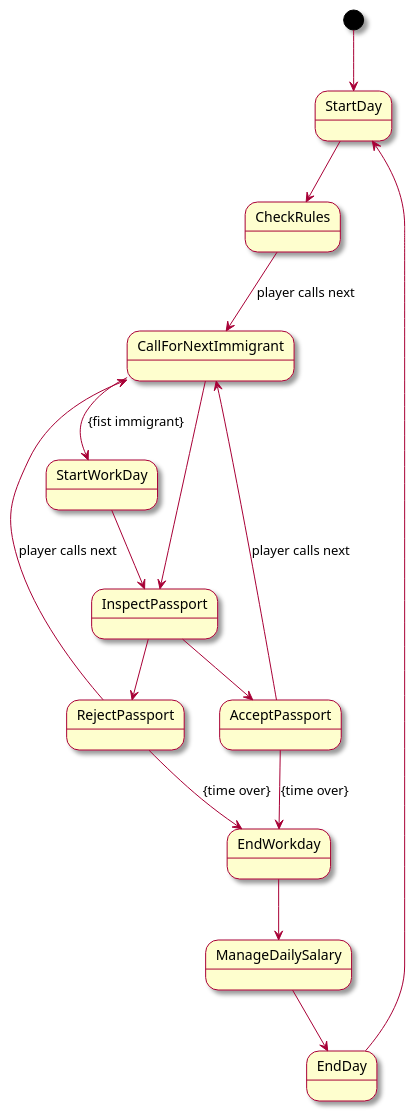
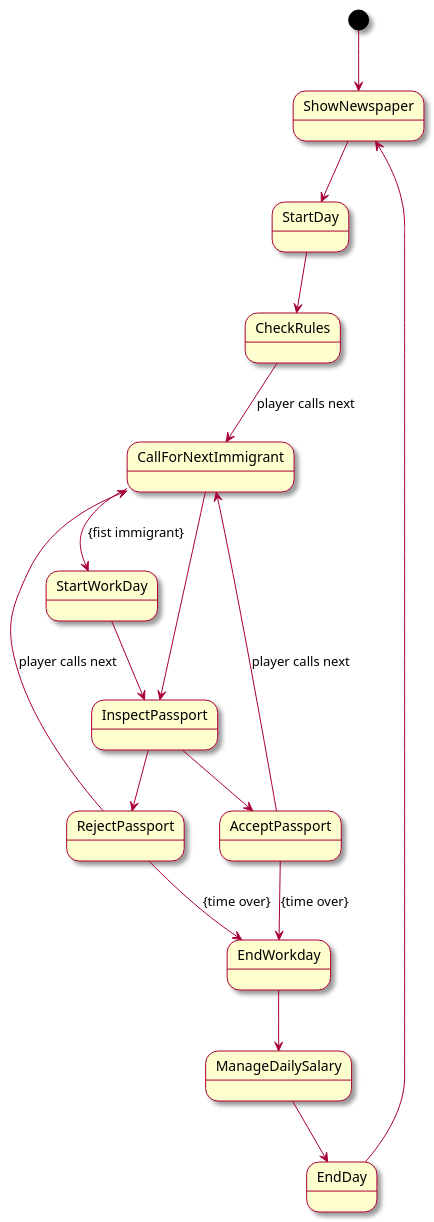
One commit to ivarovin/PapersPlease_LearningProject changed the diagram in Assets/PapersPlease/Documentation~/Context.puml. Above: the diagram before and after it, drawn with PlantUML. The commit also changed 1 other file, not shown here.

Commit message:
docs: introduce show newspaper as a use case

```diff
--- a/Assets/PapersPlease/Documentation~/Context.puml
+++ b/Assets/PapersPlease/Documentation~/Context.puml
@@ -1,22 +1,23 @@
 @startuml
 skin rose
 
-[*] --> StartDay
+[*] --> ShowNewspaper
 
+ShowNewspaper --> StartDay
 StartDay --> CheckRules
 CheckRules --> CallForNextImmigrant : player calls next
 CallForNextImmigrant --> InspectPassport
 CallForNextImmigrant --> StartWorkDay : {fist immigrant}
 StartWorkDay --> InspectPassport
 InspectPassport --> AcceptPassport
 InspectPassport --> RejectPassport
 AcceptPassport --> EndWorkday : {time over}
 RejectPassport --> EndWorkday : {time over}
 AcceptPassport --> CallForNextImmigrant : player calls next
 RejectPassport --> CallForNextImmigrant : player calls next
 EndWorkday --> ManageDailySalary
 ManageDailySalary --> EndDay
-EndDay --> StartDay
+EndDay --> ShowNewspaper
 
 
 @enduml
```
